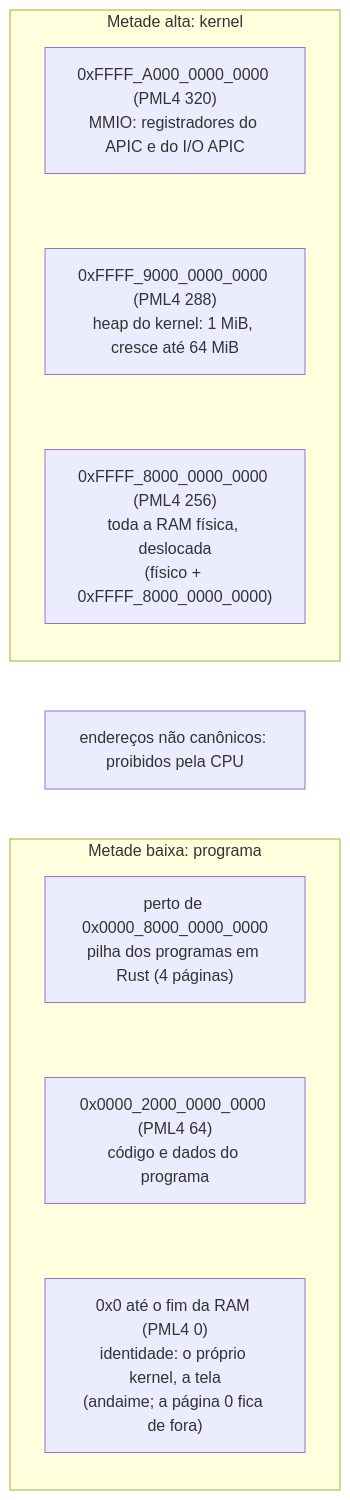
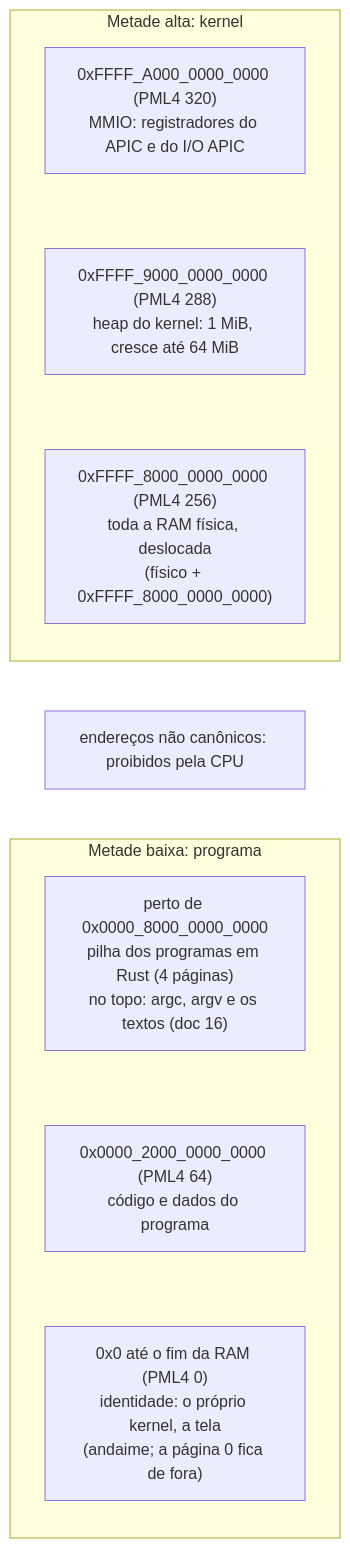
The third of 8 diagrams in docs/mapa.md (moises-dev-git/siliconOS), drawn with Mermaid before and after one commit. The commit also changed other lines of this file and 27 other files, not shown here.

First line of the commit message:
Argumentos (argv) para os programas, no formato System V (doc 16)

````diff
--- a/docs/mapa.md
+++ b/docs/mapa.md
@@ -180,17 +181,17 @@
 ```mermaid
 flowchart TB
     subgraph ALTA["Metade alta: kernel"]
         direction TB
         M3["0xFFFF_A000_0000_0000 (PML4 320)<br/>MMIO: registradores do APIC e do I/O APIC"]
         M2["0xFFFF_9000_0000_0000 (PML4 288)<br/>heap do kernel: 1 MiB, cresce até 64 MiB"]
         M1["0xFFFF_8000_0000_0000 (PML4 256)<br/>toda a RAM física, deslocada<br/>(físico + 0xFFFF_8000_0000_0000)"]
     end
     BURACO["endereços não canônicos: proibidos pela CPU"]
     subgraph BAIXA["Metade baixa: programa"]
         direction TB
-        B3["perto de 0x0000_8000_0000_0000<br/>pilha dos programas em Rust (4 páginas)"]
+        B3["perto de 0x0000_8000_0000_0000<br/>pilha dos programas em Rust (4 páginas)<br/>no topo: argc, argv e os textos (doc 16)"]
         B2["0x0000_2000_0000_0000 (PML4 64)<br/>código e dados do programa"]
         B1["0x0 até o fim da RAM (PML4 0)<br/>identidade: o próprio kernel, a tela<br/>(andaime; a página 0 fica de fora)"]
     end
     M3 ~~~ M2 ~~~ M1 ~~~ BURACO ~~~ B3 ~~~ B2 ~~~ B1
 ```
````
